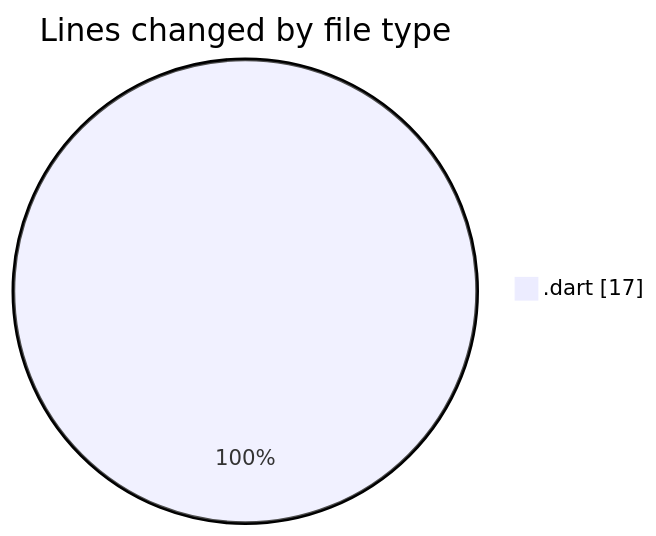
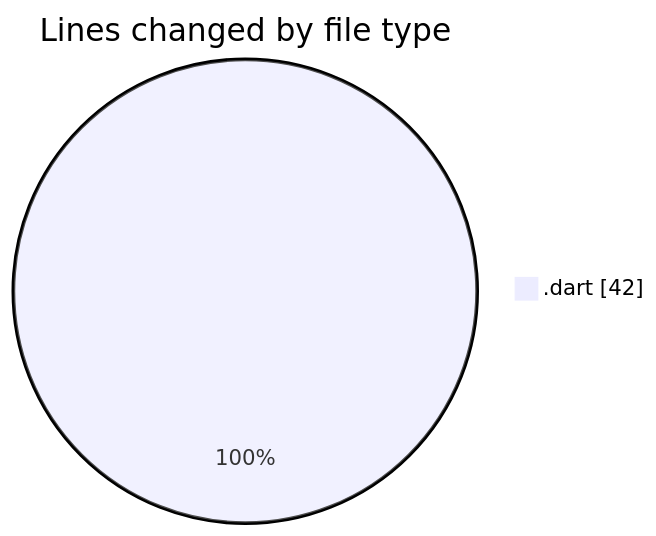
Before and after one commit to lephambinh05/code-tracking: the first of 2 diagrams in 2025-08-04/studybuddy/README.md, drawn with Mermaid. The commit also changed other lines of this file and 1 other file, not shown here.

````diff
--- a/2025-08-04/studybuddy/README.md
+++ b/2025-08-04/studybuddy/README.md
@@ -21,5 +21,5 @@
 ```mermaid
 pie showData
 title Lines changed by file type
-".dart" : 17
+".dart" : 42
 ```
````
